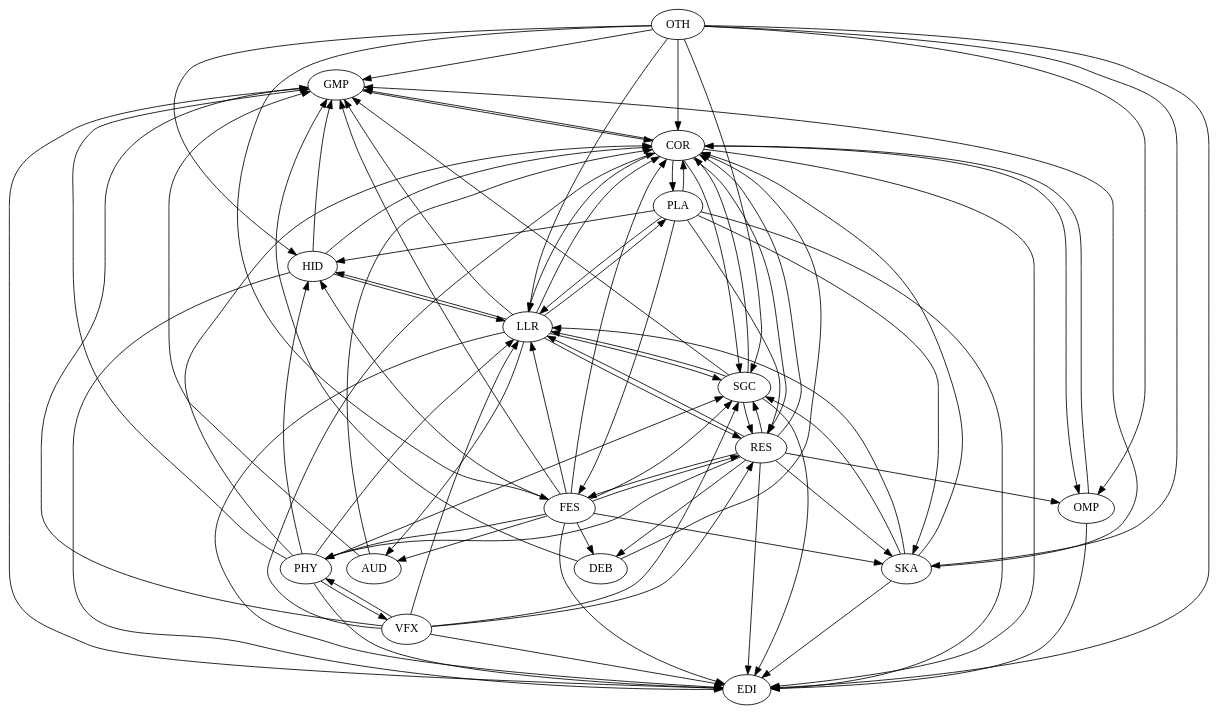
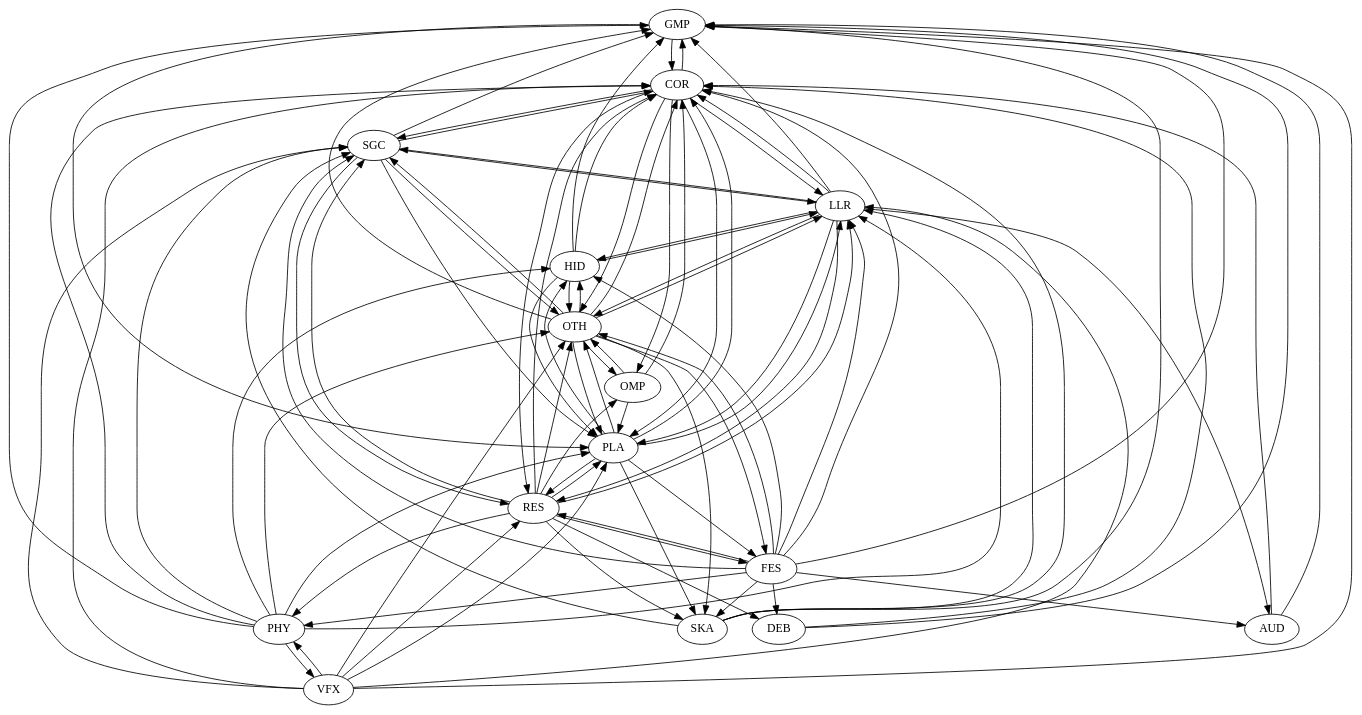
One commit to gamedev-studies/game-engine-analyser changed the diagram in 6_architectural_map_gen/updated-dot/dot/panda3d.dot. Above: the diagram before and after it, drawn with Graphviz. The commit also changed 2 other files, not shown here.

```diff
--- a/6_architectural_map_gen/updated-dot/dot/panda3d.dot
+++ b/6_architectural_map_gen/updated-dot/dot/panda3d.dot
@@ -1,89 +1,94 @@
 digraph "source tree" {
 "GMP"->"COR"
-"GMP"->"EDI"
-"RES"->"SGC"
-"RES"->"EDI"
+"GMP"->"PLA"
+"RES"->"OTH"
+"RES"->"FES"
 "RES"->"PHY"
-"RES"->"SKA"
-"RES"->"FES"
 "RES"->"OMP"
 "RES"->"LLR"
 "RES"->"DEB"
 "RES"->"COR"
-"LLR"->"EDI"
+"RES"->"SKA"
+"RES"->"SGC"
+"RES"->"PLA"
+"LLR"->"SGC"
 "LLR"->"AUD"
+"LLR"->"HID"
+"LLR"->"GMP"
 "LLR"->"PLA"
-"LLR"->"GMP"
-"LLR"->"HID"
-"LLR"->"SGC"
 "LLR"->"RES"
+"LLR"->"OTH"
 "LLR"->"COR"
-"SGC"->"EDI"
 "SGC"->"RES"
+"SGC"->"PLA"
 "SGC"->"GMP"
+"SGC"->"OTH"
 "SGC"->"COR"
 "SGC"->"LLR"
 "FES"->"RES"
+"FES"->"OTH"
 "FES"->"PHY"
 "FES"->"LLR"
 "FES"->"DEB"
 "FES"->"COR"
 "FES"->"AUD"
-"FES"->"EDI"
 "FES"->"SKA"
 "FES"->"HID"
 "FES"->"GMP"
 "FES"->"SGC"
+"OMP"->"OTH"
 "OMP"->"COR"
-"OMP"->"EDI"
-"COR"->"EDI"
+"OMP"->"PLA"
+"COR"->"SGC"
 "COR"->"RES"
-"COR"->"SGC"
 "COR"->"PLA"
 "COR"->"GMP"
+"COR"->"OTH"
 "COR"->"OMP"
 "COR"->"LLR"
 "PHY"->"SGC"
 "PHY"->"HID"
-"PHY"->"EDI"
+"PHY"->"PLA"
 "PHY"->"GMP"
+"PHY"->"OTH"
 "PHY"->"VFX"
 "PHY"->"COR"
 "PHY"->"LLR"
+"OTH"->"SGC"
+"OTH"->"HID"
+"OTH"->"PLA"
+"OTH"->"GMP"
+"OTH"->"FES"
+"OTH"->"COR"
+"OTH"->"LLR"
+"OTH"->"OMP"
+"OTH"->"SKA"
+"HID"->"PLA"
+"HID"->"GMP"
+"HID"->"OTH"
+"HID"->"COR"
 "HID"->"LLR"
-"HID"->"COR"
-"HID"->"GMP"
-"HID"->"EDI"
 "AUD"->"COR"
 "AUD"->"GMP"
+"SKA"->"LLR"
+"SKA"->"COR"
+"SKA"->"GMP"
 "SKA"->"SGC"
-"SKA"->"EDI"
-"SKA"->"GMP"
-"SKA"->"COR"
-"SKA"->"LLR"
-"PLA"->"EDI"
+"PLA"->"HID"
 "PLA"->"RES"
-"PLA"->"HID"
+"PLA"->"OTH"
 "PLA"->"FES"
 "PLA"->"COR"
 "PLA"->"LLR"
 "PLA"->"SKA"
-"OTH"->"EDI"
-"OTH"->"SGC"
-"OTH"->"HID"
-"OTH"->"GMP"
-"OTH"->"FES"
-"OTH"->"OMP"
-"OTH"->"LLR"
-"OTH"->"SKA"
-"OTH"->"COR"
 "VFX"->"SGC"
 "VFX"->"RES"
-"VFX"->"EDI"
+"VFX"->"PLA"
 "VFX"->"GMP"
+"VFX"->"OTH"
 "VFX"->"COR"
 "VFX"->"LLR"
 "VFX"->"PHY"
 "DEB"->"COR"
 "DEB"->"GMP"
 }
```
